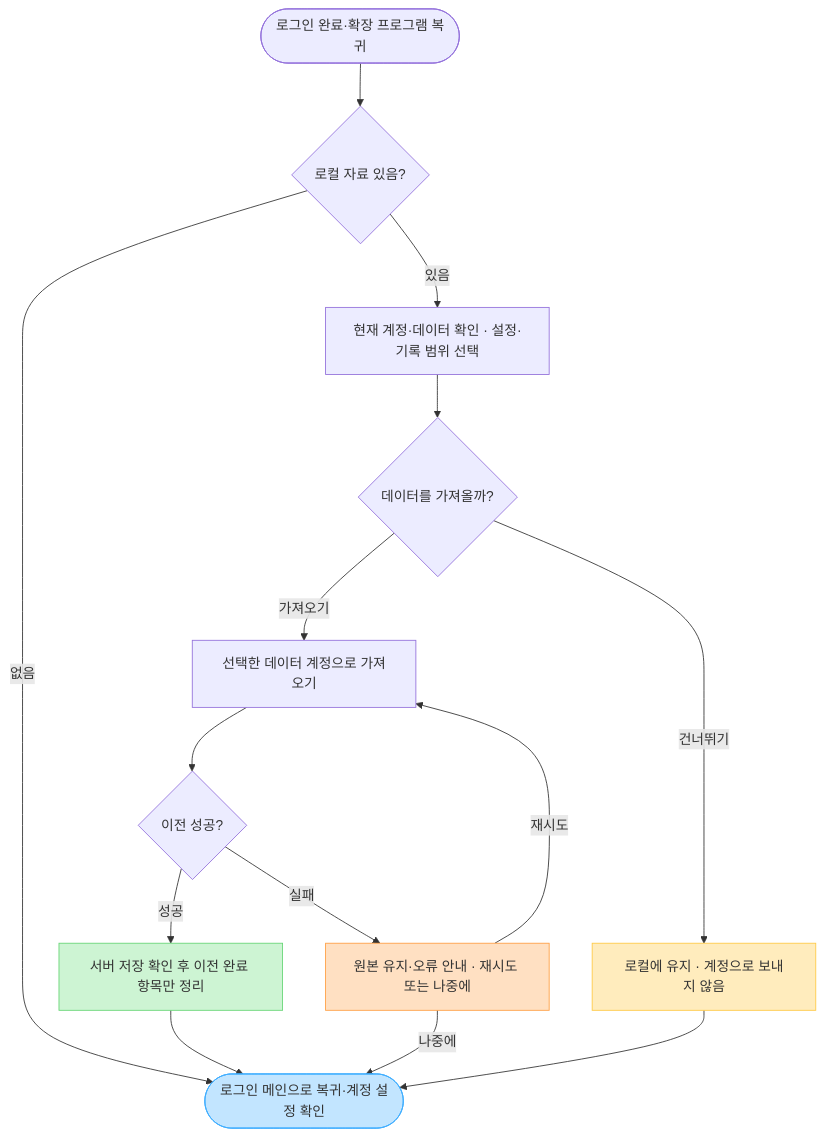
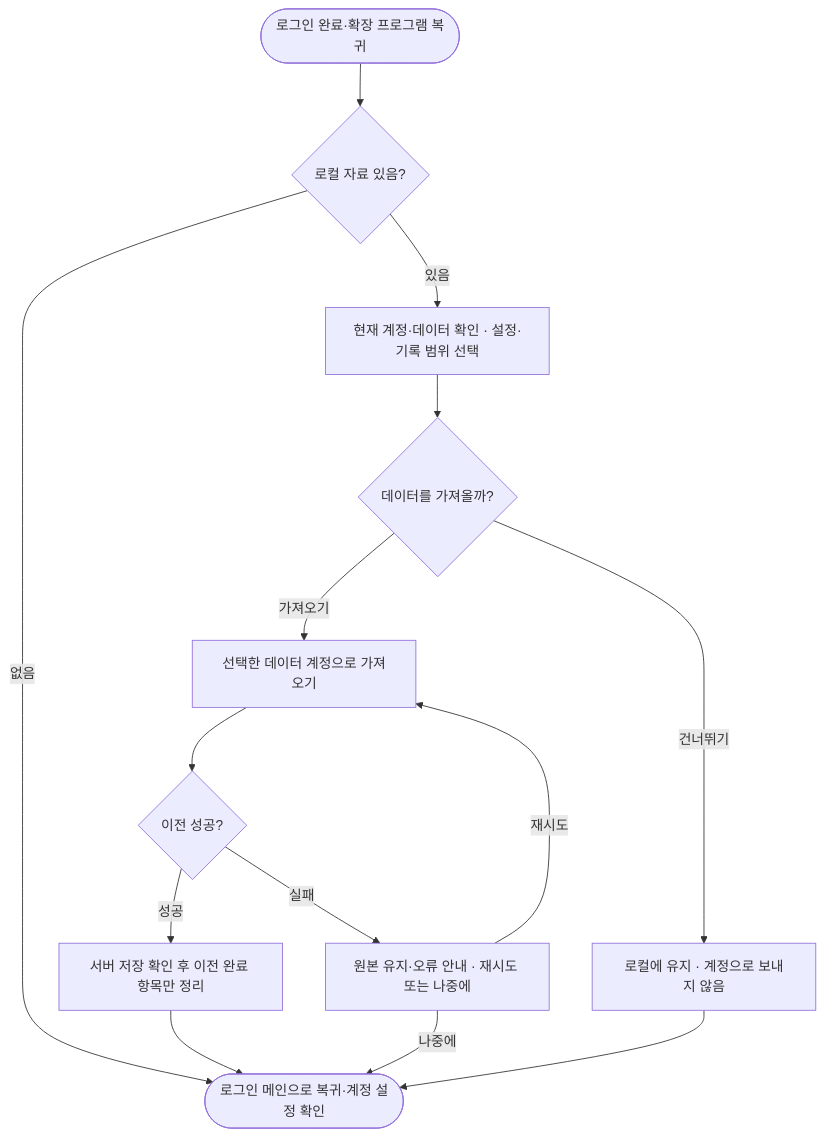
Before and after one commit to kdu-sw-capstone/capstone-project: the second of 2 diagrams in docs/design/01_UX_기능설계/FOCURVE_User_Flow_v1.1.md, drawn with Mermaid. The commit also changed other lines of this file and 34 other files, not shown here.

````diff
--- a/docs/design/01_UX_기능설계/FOCURVE_User_Flow_v1.1.md
+++ b/docs/design/01_UX_기능설계/FOCURVE_User_Flow_v1.1.md
@@ -104,30 +96,26 @@
 ```mermaid
 flowchart TB
     loginDone(["로그인 완료·확장 프로그램 복귀"])
     localData{"로컬 자료 있음?"}
     preview["현재 계정·데이터 확인 · 설정·기록 범위 선택"]
     consent{"데이터를 가져올까?"}
     migrate["선택한 데이터 계정으로 가져오기"]
     skip["로컬에 유지 · 계정으로 보내지 않음"]
     imported{"이전 성공?"}
     done["서버 저장 확인 후 이전 완료 항목만 정리"]
     failed["원본 유지·오류 안내 · 재시도 또는 나중에"]
     member(["로그인 메인으로 복귀·계정 설정 확인"])
     loginDone --> localData
     localData -->|"없음"| member
     localData -->|"있음"| preview
     preview --> consent
     consent -->|"가져오기"| migrate
     consent -->|"건너뛰기"| skip
     migrate --> imported
     imported -->|"성공"| done
     imported -->|"실패"| failed
     failed -->|"재시도"| migrate
     failed -->|"나중에"| member
     done --> member
     skip --> member
-    style skip fill:#FFECBD,stroke:#FFC943
-    style done fill:#CDF4D3,stroke:#66D575
-    style failed fill:#FFE0C2,stroke:#FF9E42
-    style member fill:#C2E5FF,stroke:#3DADFF
 ```
````
